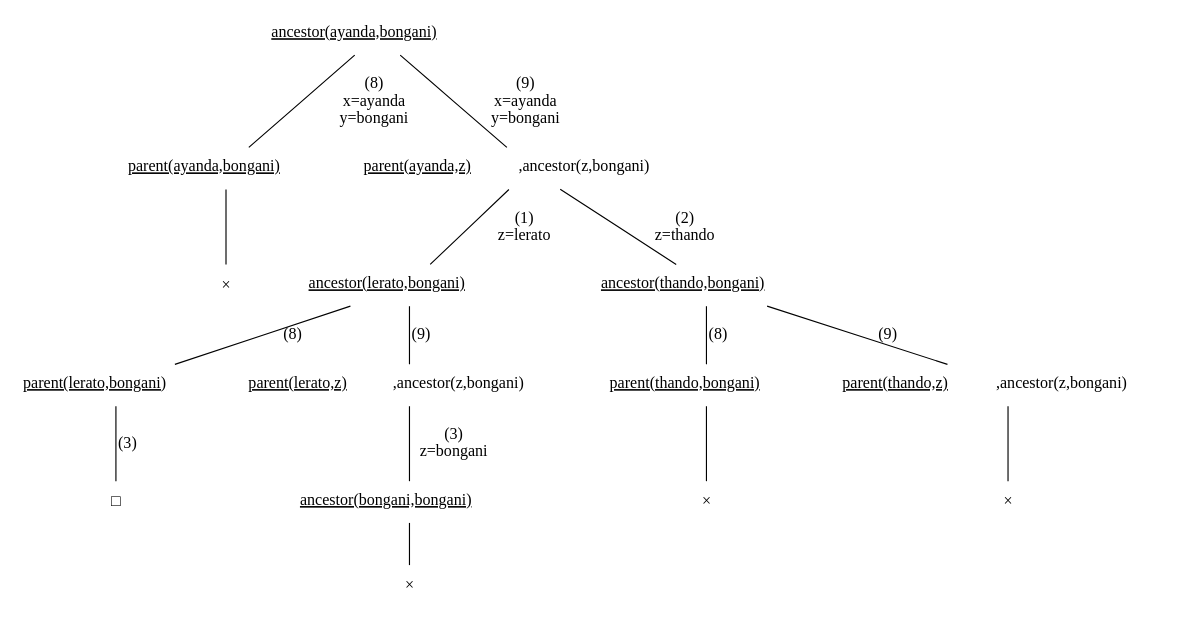
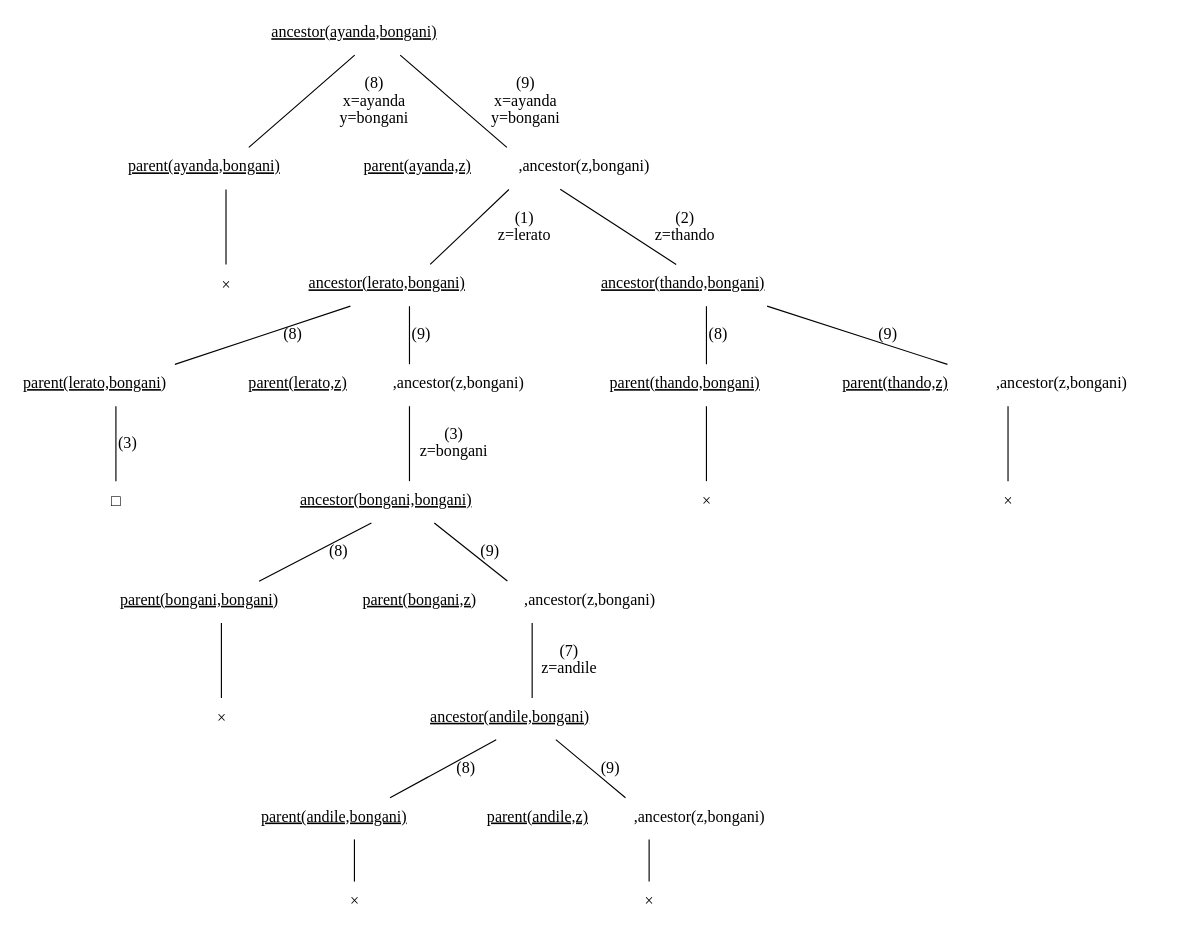
Before and after one commit to chris-steenkamp/COS4807: the diagram in Assignment04/5.1.dot, drawn with Graphviz. The commit also changed 2 other files, not shown here.

Commit message:
Expand ancestor(bongani,bongani) branch in 5(i)

```diff
--- a/Assignment04/5.1.dot
+++ b/Assignment04/5.1.dot
@@ -1,35 +1,49 @@
 digraph G {
     splines="FALSE";
 
     r [label=<<u>ancestor(ayanda,bongani)</u>> shape=none]
     r1 [label=<<u>parent(ayanda,bongani)</u>> shape=none]
     r2 [label=<<u>parent(ayanda,z)</u>     ,ancestor(z,bongani)> shape=none]
     r21 [label=<<u>ancestor(lerato,bongani)</u>> shape=none]
     r211 [label=<<u>parent(lerato,bongani)</u>> shape=none]
     r212 [label=<<u>parent(lerato,z)</u>     ,ancestor(z,bongani)> shape=none]
     r2121 [label=<<u>ancestor(bongani,bongani)</u>> shape=none]
+    r21211 [label=<<u>parent(bongani,bongani)</u>> shape=none]
+    r21212 [label=<<u>parent(bongani,z)</u>     ,ancestor(z,bongani)> shape=none]
+    r212121 [label=<<u>ancestor(andile,bongani)</u>> shape=none]
+    r2121211 [label=<<u>parent(andile,bongani)</u>> shape=none]
+    r2121212 [label=<<u>parent(andile,z)</u>     ,ancestor(z,bongani)> shape=none]
     r22 [label=<<u>ancestor(thando,bongani)</u>> shape=none]
     r221 [label=<<u>parent(thando,bongani)</u>> shape=none]
     r222 [label=<<u>parent(thando,z)</u>     ,ancestor(z,bongani)> shape=none]
     r->r1 [label="(8)\nx=ayanda\ny=bongani" arrowhead=none]
     r->r2 [label="(9)\nx=ayanda\ny=bongani" arrowhead=none]
     r2->r21 [label="(1)\nz=lerato" arrowhead=none]
     r21->r211 [label="(8)" arrowhead=none]
     r21->r212 [label="(9)" arrowhead=none]
     r212->r2121 [label="(3)\nz=bongani" arrowhead=none]
+    r2121->r21211 [label="(8)" arrowhead=none]
+    r2121->r21212 [label="(9)" arrowhead=none]
+    r21212->r212121 [label="(7)\nz=andile" arrowhead=none]
+    r212121->r2121211 [label="(8)" arrowhead=none]
+    r212121->r2121212 [label="(9)" arrowhead=none]
     r2->r22 [label="(2)\nz=thando" arrowhead=none]
     r22->r221 [label="(8)" arrowhead=none]
     r22->r222 [label="(9)" arrowhead=none]
 
 
     r211box [label=□ shape=none]
     r211 -> r211box [label="(3)" arrowhead=none]
     r1cross [label=× shape=none]
     r221cross [label=× shape=none]
     r222cross [label=× shape=none]
-    r2121cross [label=× shape=none]
+    r21211cross [label=× shape=none]
+    r2121211cross [label=× shape=none]
+    r2121212cross [label=× shape=none]
     r1 -> r1cross [ arrowhead=none]
     r221 -> r221cross [ arrowhead=none]
     r222 -> r222cross [ arrowhead=none]
-    r2121 -> r2121cross [ arrowhead=none]
+    r21211 -> r21211cross [ arrowhead=none]
+    r2121211 -> r2121211cross [ arrowhead=none]
+    r2121212 -> r2121212cross [ arrowhead=none]
 }
```
